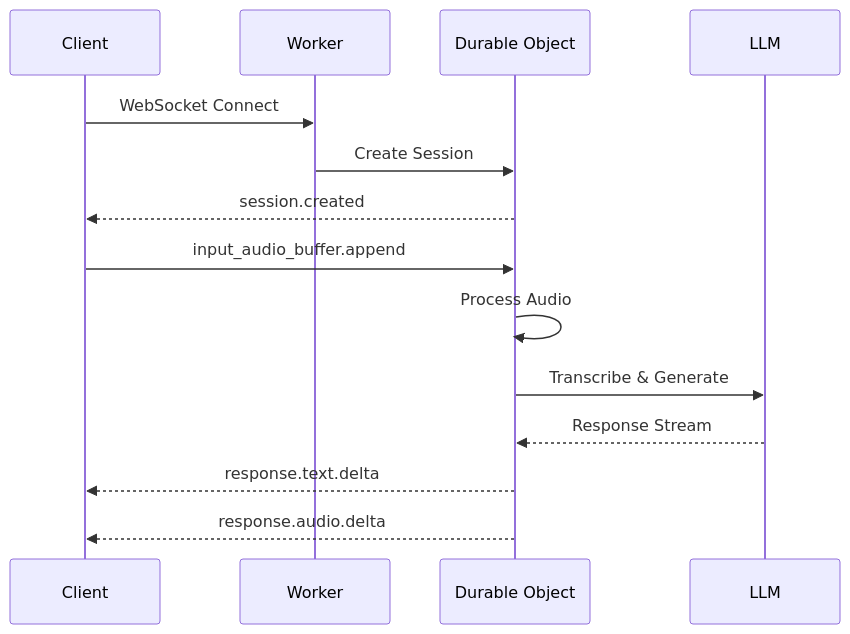
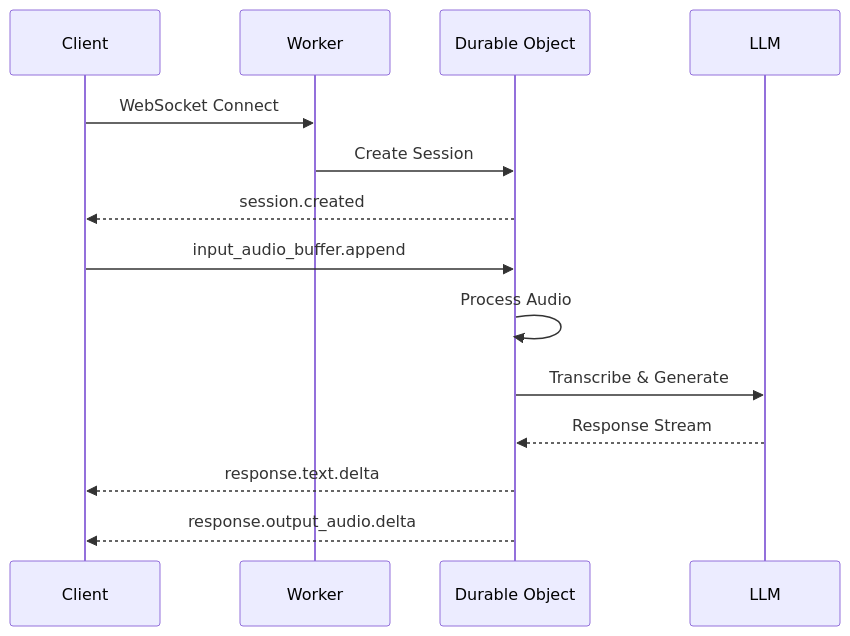
The second of 6 diagrams in wiki/docs/examples/mermaid-example.md (usevowel/engine), drawn with Mermaid before and after one commit. The commit also changed 9 other files, not shown here.

````diff
--- a/wiki/docs/examples/mermaid-example.md
+++ b/wiki/docs/examples/mermaid-example.md
@@ -18,18 +18,18 @@
 ```mermaid
 sequenceDiagram
     participant Client
     participant Worker
     participant DO as Durable Object
     participant LLM
     
     Client->>Worker: WebSocket Connect
     Worker->>DO: Create Session
     DO-->>Client: session.created
     
     Client->>DO: input_audio_buffer.append
     DO->>DO: Process Audio
     DO->>LLM: Transcribe & Generate
     LLM-->>DO: Response Stream
     DO-->>Client: response.text.delta
-    DO-->>Client: response.audio.delta
+DO-->>Client: response.output_audio.delta
 ```
````
